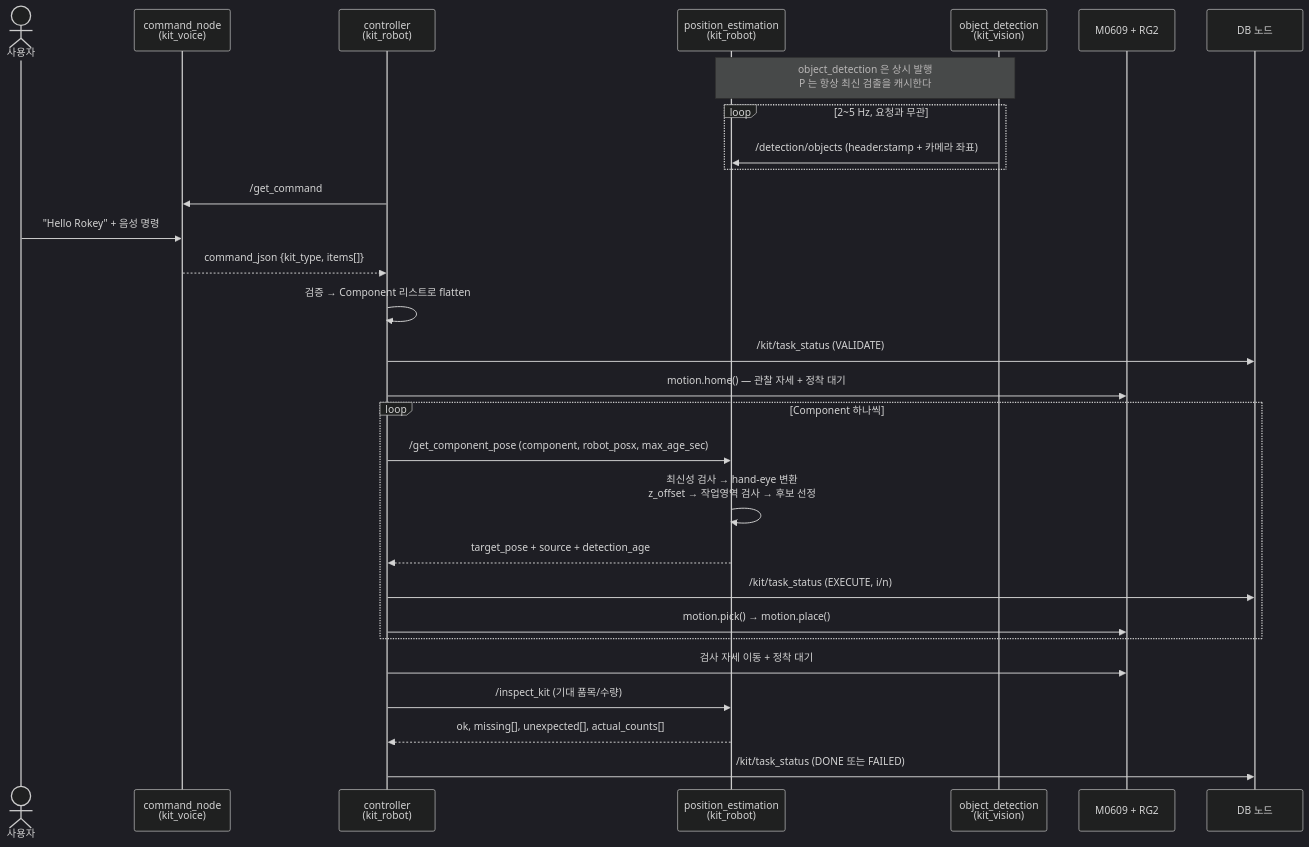
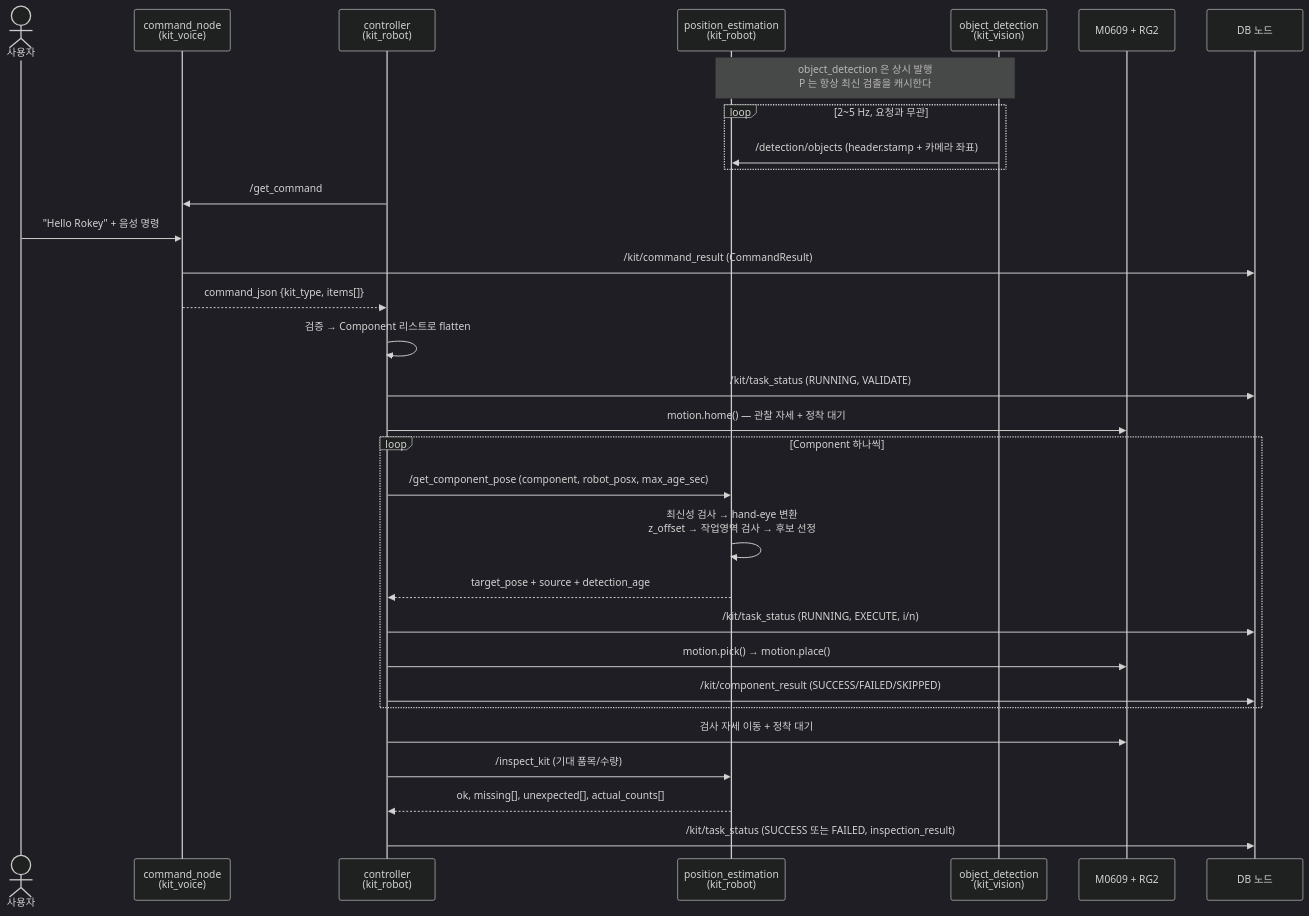
One commit to mi1nn/Project2-ROS2-VLA changed the first of 2 diagrams in docs/03-system-flow.md. Above: the diagram before and after it, drawn with Mermaid (dark theme). The commit also changed other lines of this file and 4 other files, not shown here.

````diff
--- a/docs/03-system-flow.md
+++ b/docs/03-system-flow.md
@@ -9,36 +9,38 @@
 ```mermaid
 sequenceDiagram
     actor U as 사용자
     participant V as command_node<br/>(kit_voice)
     participant C as controller<br/>(kit_robot)
     participant P as position_estimation<br/>(kit_robot)
     participant D as object_detection<br/>(kit_vision)
     participant R as M0609 + RG2
     participant DB as DB 노드
 
     Note over D,P: object_detection 은 상시 발행<br/>P 는 항상 최신 검출을 캐시한다
     loop 2~5 Hz, 요청과 무관
         D->>P: /detection/objects (header.stamp + 카메라 좌표)
     end
 
     C->>V: /get_command
     U->>V: "Hello Rokey" + 음성 명령
+    V->>DB: /kit/command_result (CommandResult)
     V-->>C: command_json {kit_type, items[]}
     C->>C: 검증 → Component 리스트로 flatten
-    C->>DB: /kit/task_status (VALIDATE)
+    C->>DB: /kit/task_status (RUNNING, VALIDATE)
 
     C->>R: motion.home() — 관찰 자세 + 정착 대기
 
     loop Component 하나씩
         C->>P: /get_component_pose (component, robot_posx, max_age_sec)
         P->>P: 최신성 검사 → hand-eye 변환<br/>z_offset → 작업영역 검사 → 후보 선정
         P-->>C: target_pose + source + detection_age
-        C->>DB: /kit/task_status (EXECUTE, i/n)
+        C->>DB: /kit/task_status (RUNNING, EXECUTE, i/n)
         C->>R: motion.pick() → motion.place()
+        C->>DB: /kit/component_result (SUCCESS/FAILED/SKIPPED)
     end
 
     C->>R: 검사 자세 이동 + 정착 대기
     C->>P: /inspect_kit (기대 품목/수량)
     P-->>C: ok, missing[], unexpected[], actual_counts[]
-    C->>DB: /kit/task_status (DONE 또는 FAILED)
+    C->>DB: /kit/task_status (SUCCESS 또는 FAILED, inspection_result)
 ```
````
